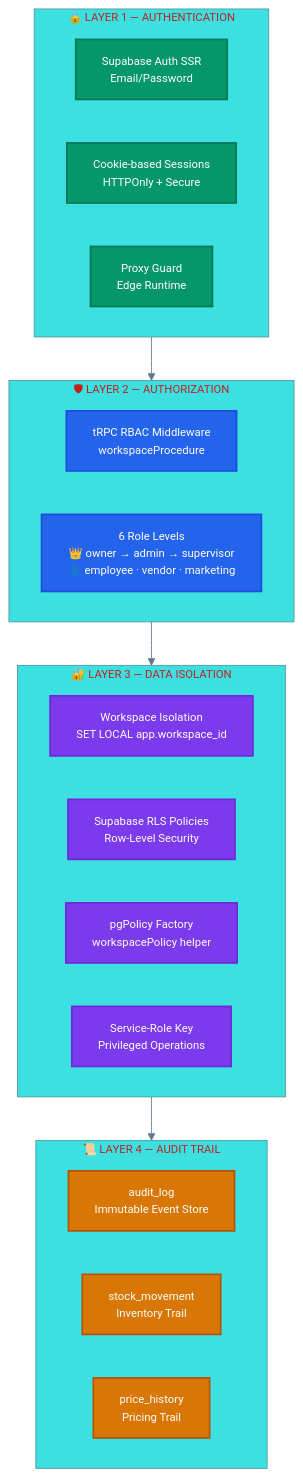
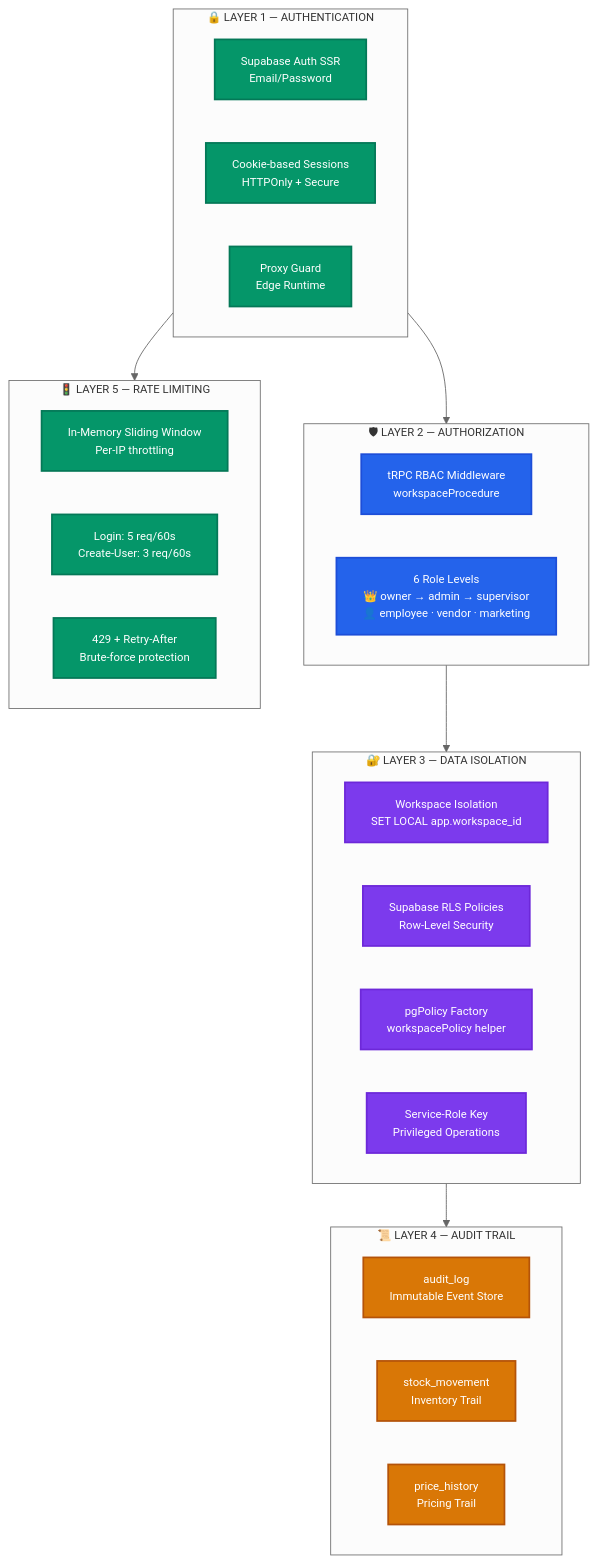
One commit to jesusjosezapata99-jpg/Cendaro changed the ninth of 9 diagrams in README.md. Above: the diagram before and after it, drawn with Mermaid. The commit also changed other lines of this file and 15 other files, not shown here.

Commit message:
feat: implement security hardening with rate limiting, auth guards, and shared validation schemas

````diff
--- a/README.md
+++ b/README.md
@@ -730,35 +789,42 @@
 ```mermaid
-%%{init: {'theme': 'base', 'themeVariables': {'primaryColor': '#dc2626', 'primaryTextColor': '#fff', 'primaryBorderColor': '#b91c1c', 'lineColor': '#64748b', 'fontSize': '13px'}}}%%
+%%{init: {'theme': 'neutral', 'themeVariables': {'fontSize': '13px'}}}%%
 
 graph TB
   classDef auth fill:#059669,stroke:#047857,color:#fff,stroke-width:2px
   classDef rbac fill:#2463eb,stroke:#1d4ed8,color:#fff,stroke-width:2px
   classDef data fill:#7c3aed,stroke:#6d28d9,color:#fff,stroke-width:2px
   classDef audit fill:#d97706,stroke:#b45309,color:#fff,stroke-width:2px
 
   subgraph L1["🔒 LAYER 1 — AUTHENTICATION"]
     A1["Supabase Auth SSR\nEmail/Password"]:::auth
     A2["Cookie-based Sessions\nHTTPOnly + Secure"]:::auth
     A3["Proxy Guard\nEdge Runtime"]:::auth
   end
 
   subgraph L2["🛡 LAYER 2 — AUTHORIZATION"]
     B1["tRPC RBAC Middleware\nworkspaceProcedure"]:::rbac
     B2["6 Role Levels\n👑 owner → admin → supervisor\n👤 employee · vendor · marketing"]:::rbac
   end
 
   subgraph L3["🔐 LAYER 3 — DATA ISOLATION"]
     C1["Workspace Isolation\nSET LOCAL app.workspace_id"]:::data
     C2["Supabase RLS Policies\nRow-Level Security"]:::data
     C3["pgPolicy Factory\nworkspacePolicy helper"]:::data
     C4["Service-Role Key\nPrivileged Operations"]:::data
   end
 
   subgraph L4["📜 LAYER 4 — AUDIT TRAIL"]
     D1["audit_log\nImmutable Event Store"]:::audit
     D2["stock_movement\nInventory Trail"]:::audit
     D3["price_history\nPricing Trail"]:::audit
   end
 
+  subgraph L5["🚦 LAYER 5 — RATE LIMITING"]
+    E1["In-Memory Sliding Window\nPer-IP throttling"]:::auth
+    E2["Login: 5 req/60s\nCreate-User: 3 req/60s"]:::auth
+    E3["429 + Retry-After\nBrute-force protection"]:::auth
+  end
+
   L1 --> L2 --> L3 --> L4
+  L1 --> L5
 ```
````
